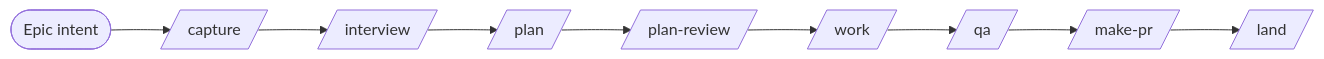
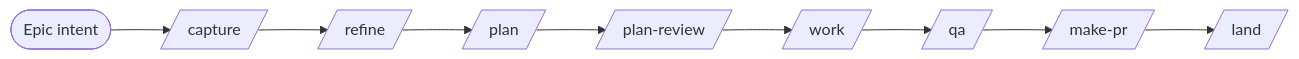
One commit to gmickel/flow-next changed the first of 5 diagrams in plugins/flow-next/codex/docs/flow-next/pipeline-variations.md. Above: the diagram before and after it, drawn with Mermaid. The commit also changed other lines of this file and 136 other files, not shown here.

````diff
--- a/plugins/flow-next/codex/docs/flow-next/pipeline-variations.md
+++ b/plugins/flow-next/codex/docs/flow-next/pipeline-variations.md
@@ -46,4 +46,4 @@
 ```mermaid
 flowchart LR
-    E([Epic intent]) --> C[/capture/] --> I[/interview/] --> P[/plan/] --> PR[/plan-review/] --> W[/work/] --> Q[/qa/] --> M[/make-pr/] --> L[/land/]
+    E([Epic intent]) --> C[/capture/] --> I[/refine/] --> P[/plan/] --> PR[/plan-review/] --> W[/work/] --> Q[/qa/] --> M[/make-pr/] --> L[/land/]
 ```
````
